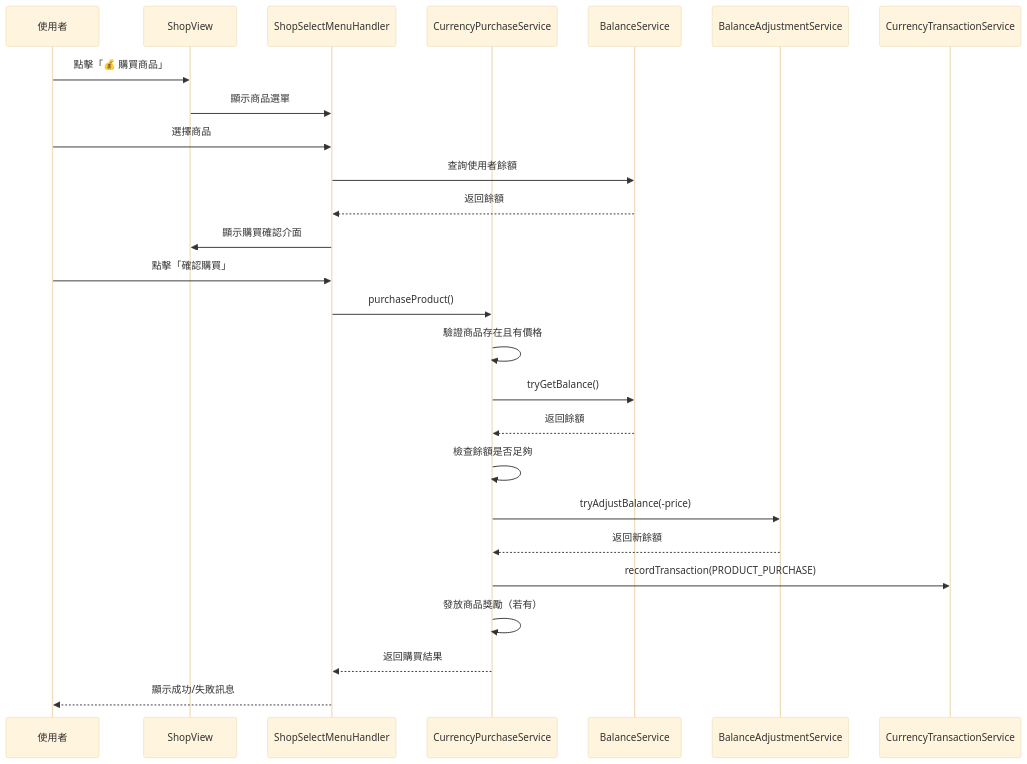
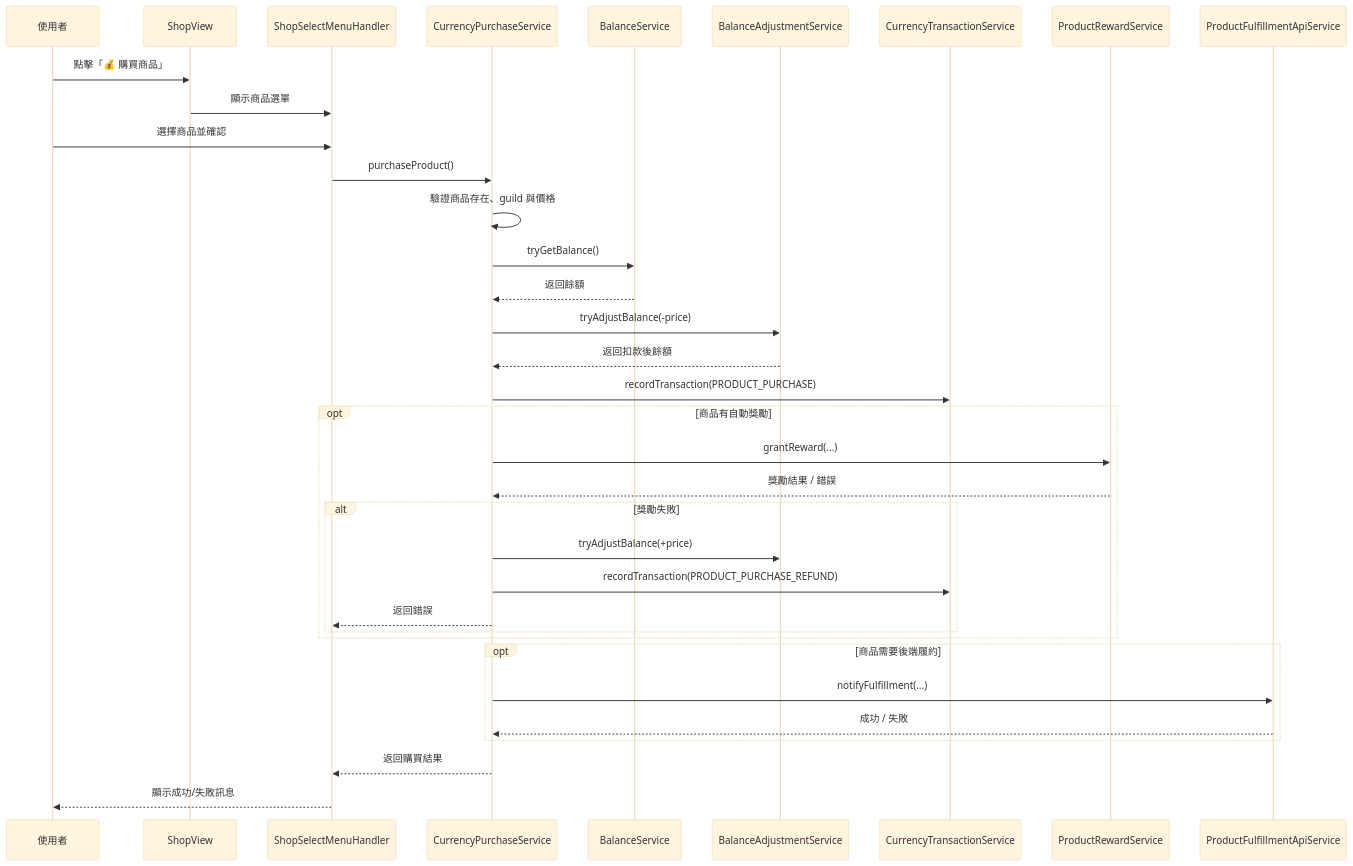
The diagram in docs/modules/shop.md (LaiTszKin/LTDJMS), drawn with Mermaid (base theme) before and after one commit. The commit also changed other lines of this file and 3 other files, not shown here.

````diff
--- a/docs/modules/shop.md
+++ b/docs/modules/shop.md
@@ -687,29 +629,38 @@
 ```mermaid
 sequenceDiagram
     participant User as 使用者
     participant Shop as ShopView
     participant SelectMenu as ShopSelectMenuHandler
     participant Purchase as CurrencyPurchaseService
     participant Balance as BalanceService
     participant Adjust as BalanceAdjustmentService
     participant Tx as CurrencyTransactionService
+    participant Reward as ProductRewardService
+    participant Fulfillment as ProductFulfillmentApiService
 
     User->>Shop: 點擊「💰 購買商品」
     Shop->>SelectMenu: 顯示商品選單
-    User->>SelectMenu: 選擇商品
-    SelectMenu->>Balance: 查詢使用者餘額
-    Balance-->>SelectMenu: 返回餘額
-    SelectMenu->>Shop: 顯示購買確認介面
-    User->>SelectMenu: 點擊「確認購買」
+    User->>SelectMenu: 選擇商品並確認
     SelectMenu->>Purchase: purchaseProduct()
-    Purchase->>Purchase: 驗證商品存在且有價格
+    Purchase->>Purchase: 驗證商品存在、guild 與價格
     Purchase->>Balance: tryGetBalance()
     Balance-->>Purchase: 返回餘額
-    Purchase->>Purchase: 檢查餘額是否足夠
     Purchase->>Adjust: tryAdjustBalance(-price)
-    Adjust-->>Purchase: 返回新餘額
+    Adjust-->>Purchase: 返回扣款後餘額
     Purchase->>Tx: recordTransaction(PRODUCT_PURCHASE)
-    Purchase->>Purchase: 發放商品獎勵（若有）
+    opt 商品有自動獎勵
+        Purchase->>Reward: grantReward(...)
+        Reward-->>Purchase: 獎勵結果 / 錯誤
+        alt 獎勵失敗
+            Purchase->>Adjust: tryAdjustBalance(+price)
+            Purchase->>Tx: recordTransaction(PRODUCT_PURCHASE_REFUND)
+            Purchase-->>SelectMenu: 返回錯誤
+        end
+    end
+    opt 商品需要後端履約
+        Purchase->>Fulfillment: notifyFulfillment(...)
+        Fulfillment-->>Purchase: 成功 / 失敗
+    end
     Purchase-->>SelectMenu: 返回購買結果
     SelectMenu-->>User: 顯示成功/失敗訊息
 ```
````
